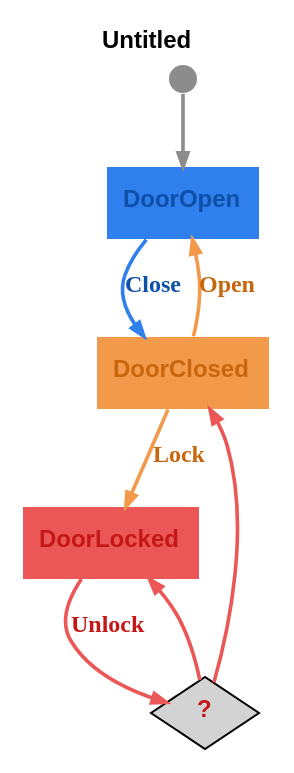
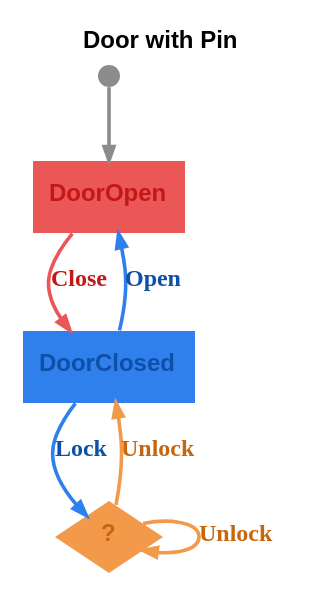
One commit to m-bock/purescript-transit changed the diagram in graphs/door-with-pin.dot. Above: the diagram before and after it, drawn with Graphviz. The commit also changed 5 other files, not shown here.

```diff
--- a/graphs/door-with-pin.dot
+++ b/graphs/door-with-pin.dot
@@ -1,16 +1,15 @@
 digraph 
 {
-rankdir = "TD";fontname = "Arial";label = <<b>Untitled</b>>;labelloc = "t";fontsize = 12
-DoorOpen [shape = "box", label = <<b>DoorOpen</b>>, fontsize = 12, style = "filled", fillcolor = "#2f80ed", fontcolor = "#0e50a8", fontname = "Arial", labelloc = "c", penwidth = 0.0]
-__Start__ [shape = "circle", label = "", width = 0.2, height = 0.2, fixedsize = true, style = "filled", fillcolor = "#8c8c8c", penwidth = 0.0]
+rankdir = "TD";fontname = "Arial";label = <<b>Door with Pin</b>>;labelloc = "t";fontsize = 12
+DoorOpen [shape = "box", label = <<b>DoorOpen</b>>, fontsize = 12, style = "filled", fillcolor = "#eb5757", fontcolor = "#c41717", fontname = "Arial", labelloc = "c", penwidth = 0.0]
+__Start__ [shape = "circle", label = "", width = 0.15, height = 0.15, fixedsize = true, style = "filled", fillcolor = "#8c8c8c", penwidth = 0.0]
 __Start__ -> DoorOpen [color = "#8c8c8c", fontsize = 12, arrowsize = "0.7", penwidth = 1.8]
-DoorOpen -> DoorClosed [color = "#2f80ed", fontcolor = "#0e50a8", fontsize = 12, arrowsize = "0.7", label = <<b>Close</b>>, penwidth = 1.8]
-DoorClosed [shape = "box", label = <<b>DoorClosed</b>>, fontsize = 12, style = "filled", fillcolor = "#f2994a", fontcolor = "#c8660e", fontname = "Arial", labelloc = "c", penwidth = 0.0]
-DoorClosed -> DoorOpen [color = "#f2994a", fontcolor = "#c8660e", fontsize = 12, arrowsize = "0.7", label = <<b>Open</b>>, penwidth = 1.8]
-DoorClosed -> DoorLocked [color = "#f2994a", fontcolor = "#c8660e", fontsize = 12, arrowsize = "0.7", label = <<b>Lock</b>>, penwidth = 1.8]
-DoorLocked [shape = "box", label = <<b>DoorLocked</b>>, fontsize = 12, style = "filled", fillcolor = "#eb5757", fontcolor = "#c41717", fontname = "Arial", labelloc = "c", penwidth = 0.0]
-DoorLocked__Unlock [shape = "diamond", label = <<b>?</b>>, fontsize = 12, style = "filled", fontcolor = "#c41717", fontname = "Arial"]
-DoorLocked__Unlock -> DoorLocked [color = "#eb5757", fontcolor = "#c41717", fontsize = 12, arrowsize = "0.7", penwidth = 1.8]
-DoorLocked__Unlock -> DoorClosed [color = "#eb5757", fontcolor = "#c41717", fontsize = 12, arrowsize = "0.7", penwidth = 1.8]
-DoorLocked -> DoorLocked__Unlock [color = "#eb5757", fontcolor = "#c41717", fontsize = 12, arrowsize = "0.7", label = <<b>Unlock</b>>, penwidth = 1.8]
+DoorOpen -> DoorClosed [color = "#eb5757", fontcolor = "#c41717", fontsize = 12, arrowsize = "0.7", label = <<b>Close</b>>, penwidth = 1.8]
+DoorClosed [shape = "box", label = <<b>DoorClosed</b>>, fontsize = 12, style = "filled", fillcolor = "#2f80ed", fontcolor = "#0e50a8", fontname = "Arial", labelloc = "c", penwidth = 0.0]
+DoorClosed -> DoorLocked [color = "#2f80ed", fontcolor = "#0e50a8", fontsize = 12, arrowsize = "0.7", label = <<b>Lock</b>>, penwidth = 1.8]
+DoorClosed -> DoorOpen [color = "#2f80ed", fontcolor = "#0e50a8", fontsize = 12, arrowsize = "0.7", label = <<b>Open</b>>, penwidth = 1.8]
+DoorLocked [shape = "box", label = <<b>DoorLocked</b>>, fontsize = 12, style = "filled", fillcolor = "#f2994a", fontcolor = "#c8660e", fontname = "Arial", labelloc = "c", penwidth = 0.0]
+DoorLocked [shape = "diamond", label = <<b>?</b>>, fontsize = 12, style = "filled", fontcolor = "#c8660e", fontname = "Arial"]
+DoorLocked -> DoorClosed [color = "#f2994a", fontcolor = "#c8660e", fontsize = 12, arrowsize = "0.7", label = <<b>Unlock</b>>, penwidth = 1.8]
+DoorLocked -> DoorLocked [color = "#f2994a", fontcolor = "#c8660e", fontsize = 12, arrowsize = "0.7", label = <<b>Unlock</b>>, penwidth = 1.8]
 }
```
